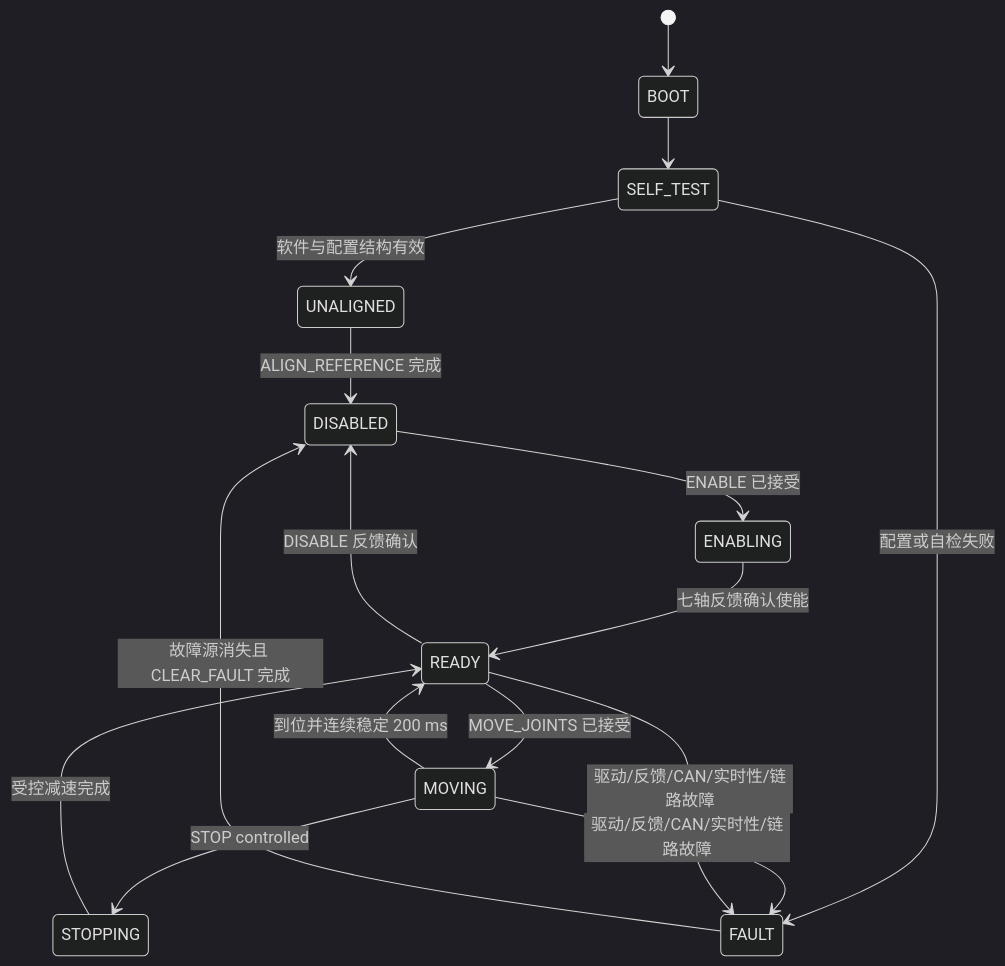
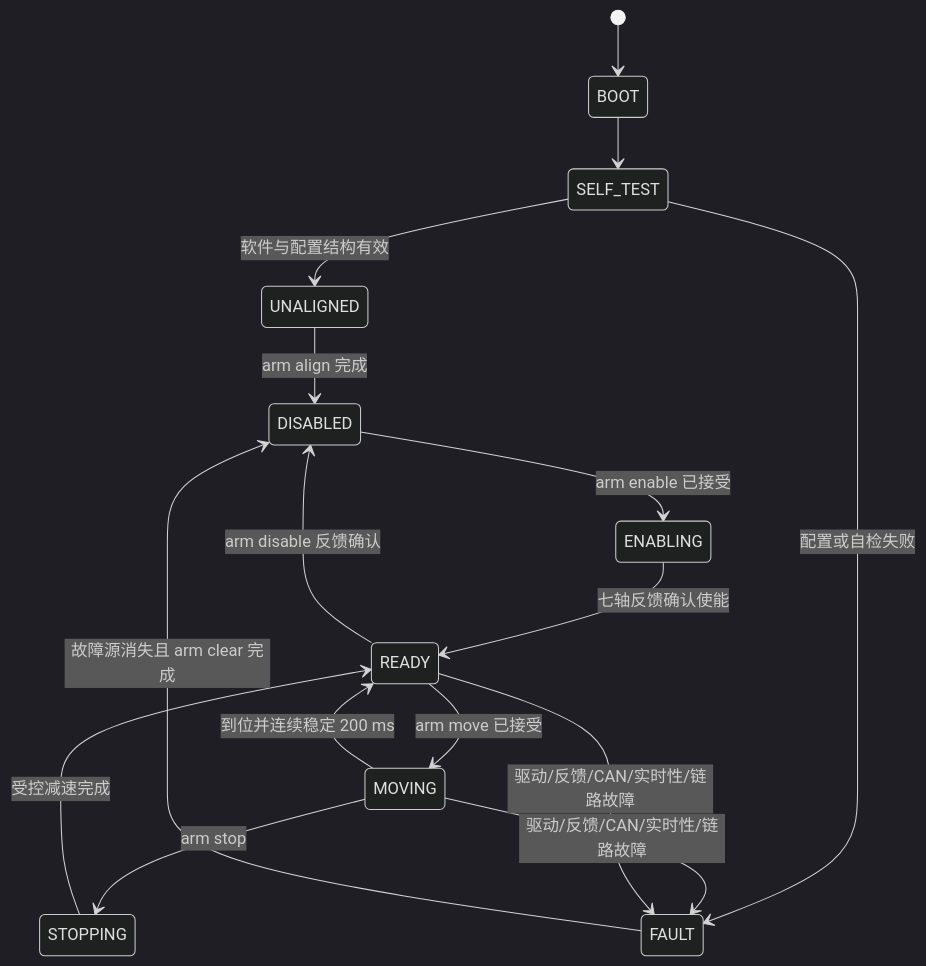
Before and after one commit to StephenGu010/Aethor_robo_fw: the diagram in aethor_robo_v1/docs/compatibility/state-and-command-lifecycle.md, drawn with Mermaid (dark theme). The commit also changed other lines of this file and 9 other files, not shown here.

````diff
--- a/aethor_robo_v1/docs/compatibility/state-and-command-lifecycle.md
+++ b/aethor_robo_v1/docs/compatibility/state-and-command-lifecycle.md
@@ -5,18 +7,18 @@
 ```mermaid
 stateDiagram-v2
     [*] --> BOOT
     BOOT --> SELF_TEST
     SELF_TEST --> UNALIGNED: 软件与配置结构有效
     SELF_TEST --> FAULT: 配置或自检失败
-    UNALIGNED --> DISABLED: ALIGN_REFERENCE 完成
-    DISABLED --> ENABLING: ENABLE 已接受
+    UNALIGNED --> DISABLED: arm align 完成
+    DISABLED --> ENABLING: arm enable 已接受
     ENABLING --> READY: 七轴反馈确认使能
-    READY --> MOVING: MOVE_JOINTS 已接受
-    MOVING --> STOPPING: STOP controlled
+    READY --> MOVING: arm move 已接受
+    MOVING --> STOPPING: arm stop
     MOVING --> READY: 到位并连续稳定 200 ms
     STOPPING --> READY: 受控减速完成
-    READY --> DISABLED: DISABLE 反馈确认
+    READY --> DISABLED: arm disable 反馈确认
     MOVING --> FAULT: 驱动/反馈/CAN/实时性/链路故障
     READY --> FAULT: 驱动/反馈/CAN/实时性/链路故障
-    FAULT --> DISABLED: 故障源消失且 CLEAR_FAULT 完成
+    FAULT --> DISABLED: 故障源消失且 arm clear 完成
 ```
````
